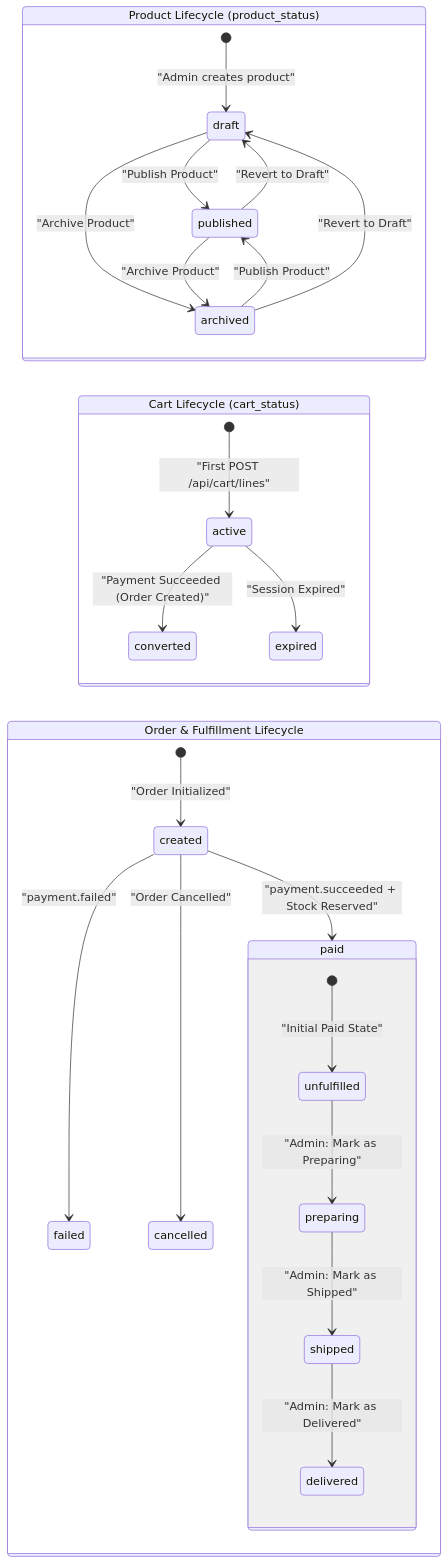
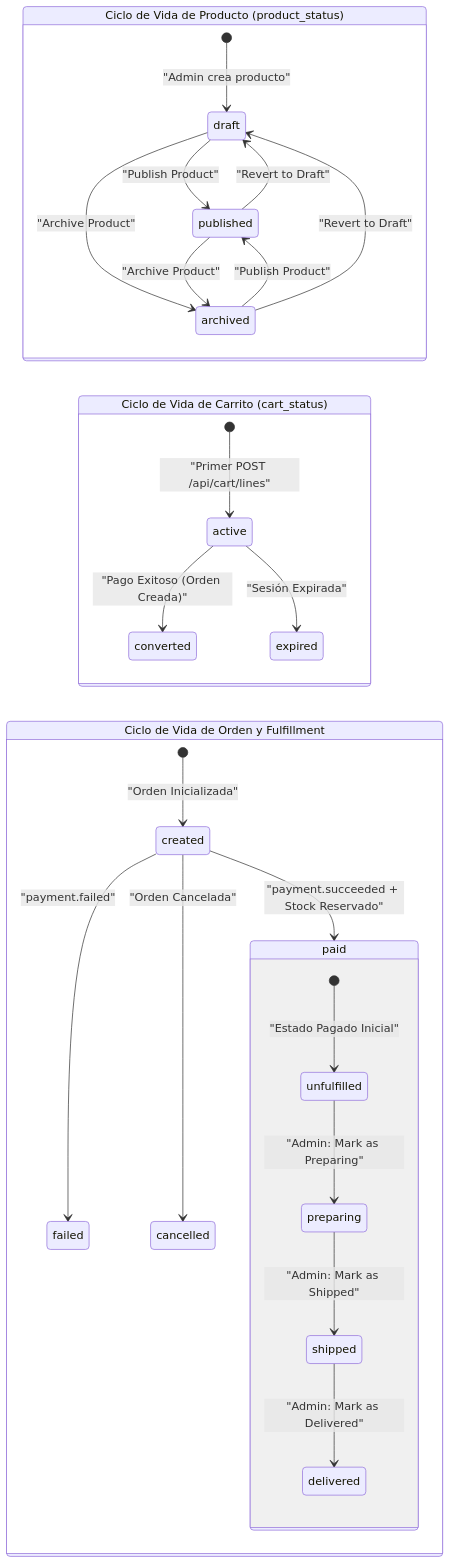
One commit to JesusArmandoM/j-armando changed the sixth of 6 diagrams in README.md. Above: the diagram before and after it, drawn with Mermaid. The commit also changed other lines of this file, not shown here.

````diff
--- a/README.md
+++ b/README.md
@@ -808,34 +808,34 @@
 ```mermaid
 stateDiagram-v2
   direction LR
 
-  state "Product Lifecycle (product_status)" as ProductSM {
-    [*] --> draft : "Admin creates product"
+  state "Ciclo de Vida de Producto (product_status)" as ProductSM {
+    [*] --> draft : "Admin crea producto"
     draft --> published : "Publish Product"
     draft --> archived : "Archive Product"
     published --> archived : "Archive Product"
     published --> draft : "Revert to Draft"
     archived --> published : "Publish Product"
     archived --> draft : "Revert to Draft"
   }
 
-  state "Cart Lifecycle (cart_status)" as CartSM {
-    [*] --> active : "First POST /api/cart/lines"
-    active --> converted : "Payment Succeeded (Order Created)"
-    active --> expired : "Session Expired"
+  state "Ciclo de Vida de Carrito (cart_status)" as CartSM {
+    [*] --> active : "Primer POST /api/cart/lines"
+    active --> converted : "Pago Exitoso (Orden Creada)"
+    active --> expired : "Sesión Expirada"
   }
 
-  state "Order & Fulfillment Lifecycle" as OrderSM {
-    [*] --> created : "Order Initialized"
-    created --> paid : "payment.succeeded + Stock Reserved"
+  state "Ciclo de Vida de Orden y Fulfillment" as OrderSM {
+    [*] --> created : "Orden Inicializada"
+    created --> paid : "payment.succeeded + Stock Reservado"
     created --> failed : "payment.failed"
-    created --> cancelled : "Order Cancelled"
+    created --> cancelled : "Orden Cancelada"
 
     state paid {
-      [*] --> unfulfilled : "Initial Paid State"
+      [*] --> unfulfilled : "Estado Pagado Inicial"
       unfulfilled --> preparing : "Admin: Mark as Preparing"
       preparing --> shipped : "Admin: Mark as Shipped"
       shipped --> delivered : "Admin: Mark as Delivered"
     }
   }
 ```
````
